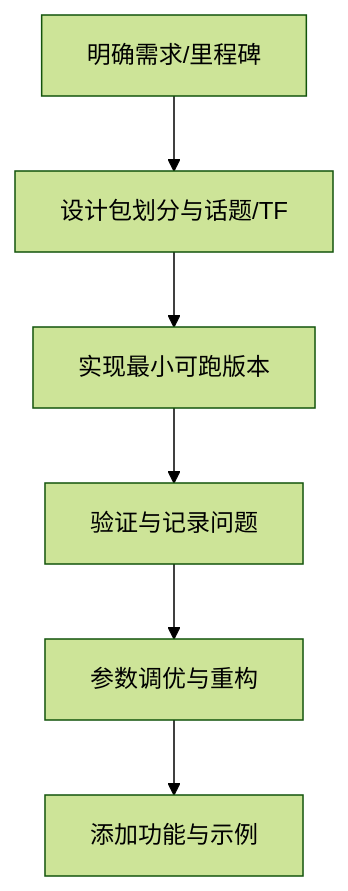
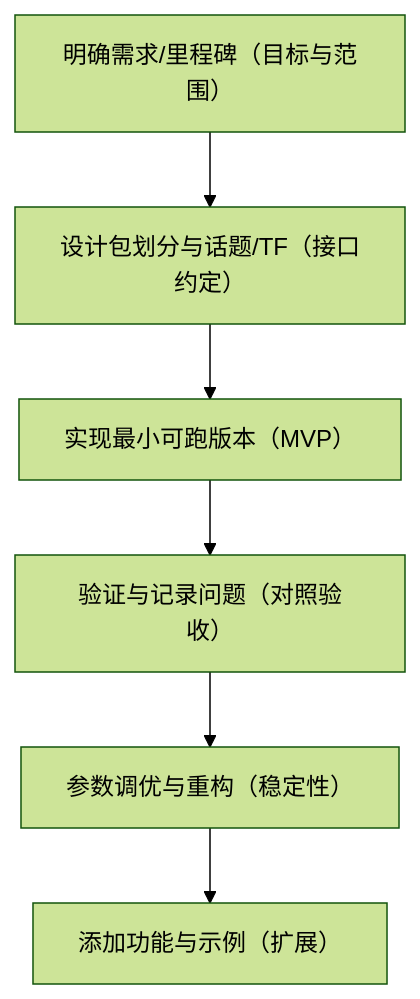
Before and after one commit to James-Xue/Ros2Learning: the second of 2 diagrams in README.md, drawn with Mermaid (forest theme). The commit also changed other lines of this file, not shown here.

Commit message:
Add Chinese annotations to diagrams

````diff
--- a/README.md
+++ b/README.md
@@ -122,8 +122,8 @@
 ```mermaid
 flowchart TD
-  A[明确需求/里程碑] --> B[设计包划分与话题/TF]
-  B --> C[实现最小可跑版本]
-  C --> D[验证与记录问题]
-  D --> E[参数调优与重构]
-  E --> F[添加功能与示例]
+  A[明确需求/里程碑（目标与范围）] --> B[设计包划分与话题/TF（接口约定）]
+  B --> C[实现最小可跑版本（MVP）]
+  C --> D[验证与记录问题（对照验收）]
+  D --> E[参数调优与重构（稳定性）]
+  E --> F[添加功能与示例（扩展）]
 ```
````
